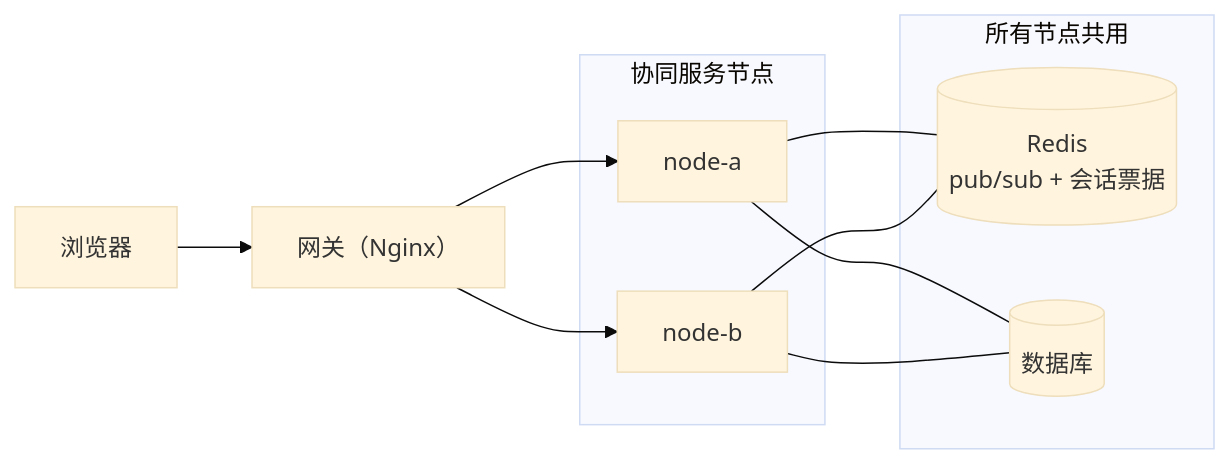
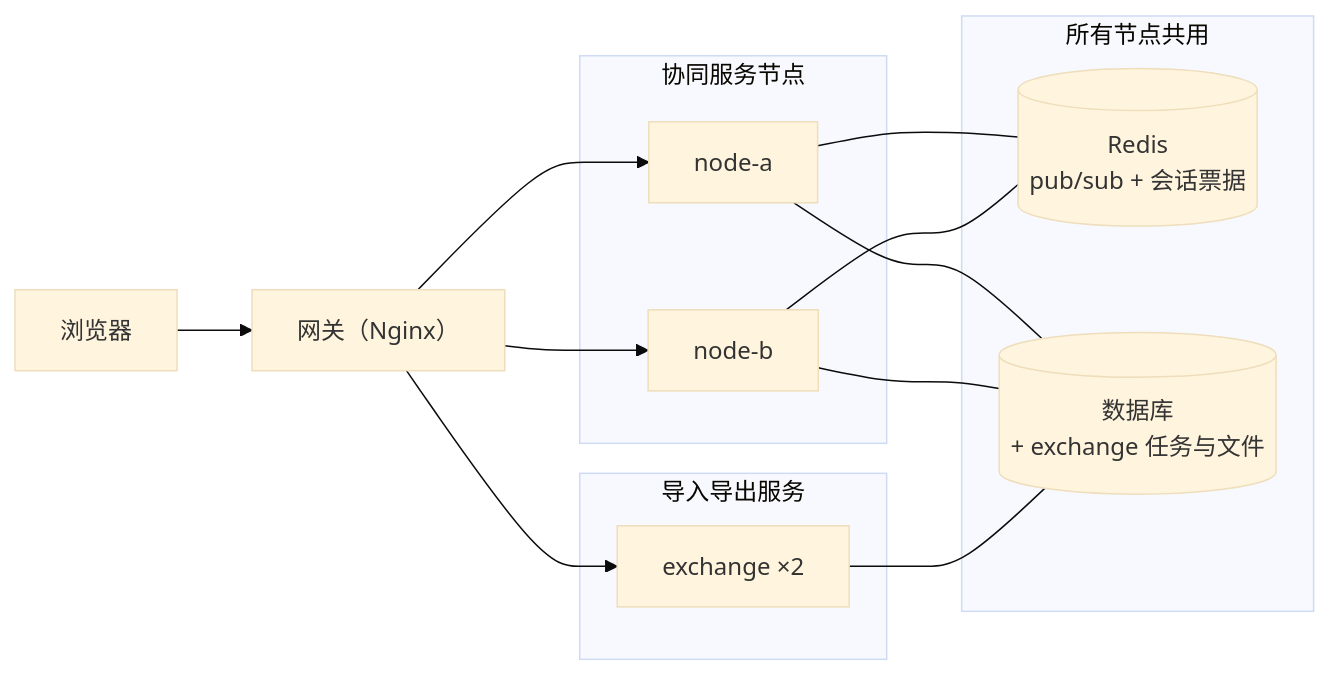
Before and after one commit to dream-num/univer-collaboration-examples: the diagram in examples/multi-node/README.zh-CN.md, drawn with Mermaid (base theme). The commit also changed other lines of this file and 17 other files, not shown here.

````diff
--- a/examples/multi-node/README.zh-CN.md
+++ b/examples/multi-node/README.zh-CN.md
@@ -11,18 +11,23 @@
 ```mermaid
 flowchart LR
     Browser["浏览器"] --> Gateway["网关（Nginx）"]
     subgraph nodes["协同服务节点"]
         A["node-a"]
         B["node-b"]
     end
     Gateway --> A
     Gateway --> B
+    subgraph exchange["导入导出服务"]
+        X1["exchange ×2"]
+    end
+    Gateway --> X1
     subgraph shared["所有节点共用"]
         Redis[("Redis<br/>pub/sub + 会话票据")]
-        DB[("数据库")]
+        DB[("数据库<br/>+ exchange 任务与文件")]
     end
     A --- Redis
     B --- Redis
     A --- DB
     B --- DB
+    X1 --- DB
 ```
````
